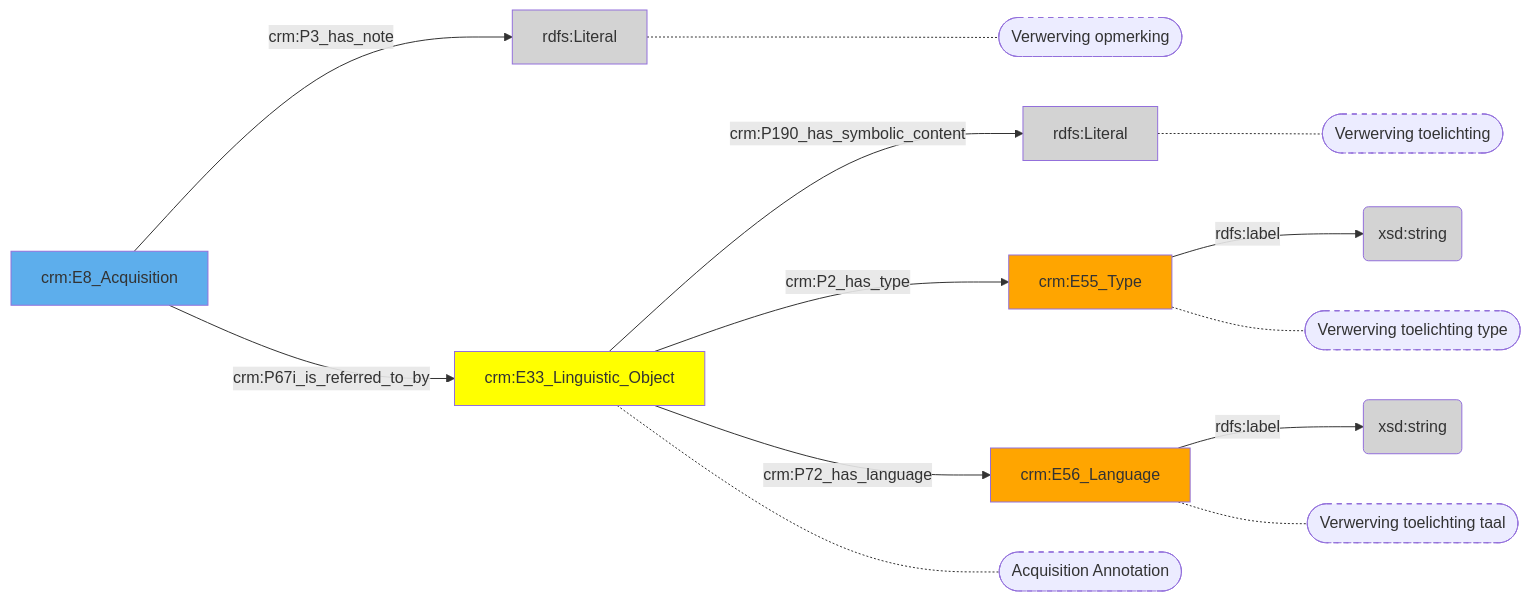
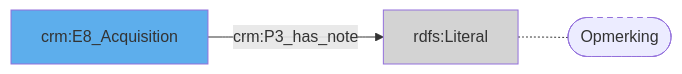
One commit to digipolisantwerpdocumentation/antwerp-cultureel-erfgoed changed the diagram in docs/content/modellen/Acquisition/Aantekeningen.md. Above: the diagram before and after it, drawn with Mermaid. The commit also changed 170 other files, not shown here.

````diff
--- a/docs/content/modellen/Acquisition/Aantekeningen.md
+++ b/docs/content/modellen/Acquisition/Aantekeningen.md
@@ -1,28 +1,8 @@
 ```mermaid
 graph LR
-7b658ca8-d44e-11ed-9064-00163e71351b["crm:E8_Acquisition"]-->|"crm:P3_has_note"|122e596a-e991-11ed-9232-00163e71351b(rdfs:Literal)
-8b3dd634-ee3a-11ed-9232-00163e71351b["crm:E33_Linguistic_Object"]-->|"crm:P190_has_symbolic_content"|8b3ddc60-ee3a-11ed-9232-00163e71351b(rdfs:Literal)
-8b3dda12-ee3a-11ed-9232-00163e71351b["crm:E55_Type"]-->|"rdfs:label"|8b3dde5e-ee3a-11ed-9232-00163e71351b(xsd:string)
-8b3ddb52-ee3a-11ed-9232-00163e71351b["crm:E56_Language"]-->|"rdfs:label"|8b3ddd5a-ee3a-11ed-9232-00163e71351b(xsd:string)
-7b658ca8-d44e-11ed-9064-00163e71351b["crm:E8_Acquisition"]-->|"crm:P67i_is_referred_to_by"|8b3dd634-ee3a-11ed-9232-00163e71351b["crm:E33_Linguistic_Object"]
-8b3dd634-ee3a-11ed-9232-00163e71351b["crm:E33_Linguistic_Object"]-->|"crm:P2_has_type"|8b3dda12-ee3a-11ed-9232-00163e71351b["crm:E55_Type"]
-8b3dd634-ee3a-11ed-9232-00163e71351b["crm:E33_Linguistic_Object"]-->|"crm:P72_has_language"|8b3ddb52-ee3a-11ed-9232-00163e71351b["crm:E56_Language"]
-122e596a-e991-11ed-9232-00163e71351b["rdfs:Literal"]-.-122e596a-e991-11ed-9232-00163e71351b_s(["Verwerving opmerking"])
-8b3dd634-ee3a-11ed-9232-00163e71351b["crm:E33_Linguistic_Object"]-.-8b3dd634-ee3a-11ed-9232-00163e71351b_s(["Acquisition Annotation"])
-8b3ddc60-ee3a-11ed-9232-00163e71351b["rdfs:Literal"]-.-8b3ddc60-ee3a-11ed-9232-00163e71351b_s(["Verwerving toelichting"])
-8b3dda12-ee3a-11ed-9232-00163e71351b["crm:E55_Type"]-.-8b3dda12-ee3a-11ed-9232-00163e71351b_s(["Verwerving toelichting type"])
-8b3ddb52-ee3a-11ed-9232-00163e71351b["crm:E56_Language"]-.-8b3ddb52-ee3a-11ed-9232-00163e71351b_s(["Verwerving toelichting taal"])
-style 122e596a-e991-11ed-9232-00163e71351b_s stroke-dasharray: 5
-style 8b3dd634-ee3a-11ed-9232-00163e71351b_s stroke-dasharray: 5
-style 8b3ddc60-ee3a-11ed-9232-00163e71351b_s stroke-dasharray: 5
-style 8b3dda12-ee3a-11ed-9232-00163e71351b_s stroke-dasharray: 5
-style 8b3ddb52-ee3a-11ed-9232-00163e71351b_s stroke-dasharray: 5
 style 122e596a-e991-11ed-9232-00163e71351b fill:#D3D3D3
 style 7b658ca8-d44e-11ed-9064-00163e71351b fill:#5DAEEC
-style 8b3dd634-ee3a-11ed-9232-00163e71351b fill:#ffff00
-style 8b3dda12-ee3a-11ed-9232-00163e71351b fill:#ffa500
-style 8b3ddb52-ee3a-11ed-9232-00163e71351b fill:#ffa500
-style 8b3ddc60-ee3a-11ed-9232-00163e71351b fill:#D3D3D3
-style 8b3ddd5a-ee3a-11ed-9232-00163e71351b fill:#D3D3D3
-style 8b3dde5e-ee3a-11ed-9232-00163e71351b fill:#D3D3D3
+7b658ca8-d44e-11ed-9064-00163e71351b["crm:E8_Acquisition"]-->|"crm:P3_has_note"|122e596a-e991-11ed-9232-00163e71351b(rdfs:Literal)
+style 122e596a-e991-11ed-9232-00163e71351b_s stroke-dasharray: 5
+122e596a-e991-11ed-9232-00163e71351b["rdfs:Literal"]-.-122e596a-e991-11ed-9232-00163e71351b_s(["Opmerking"])
 ```
````
